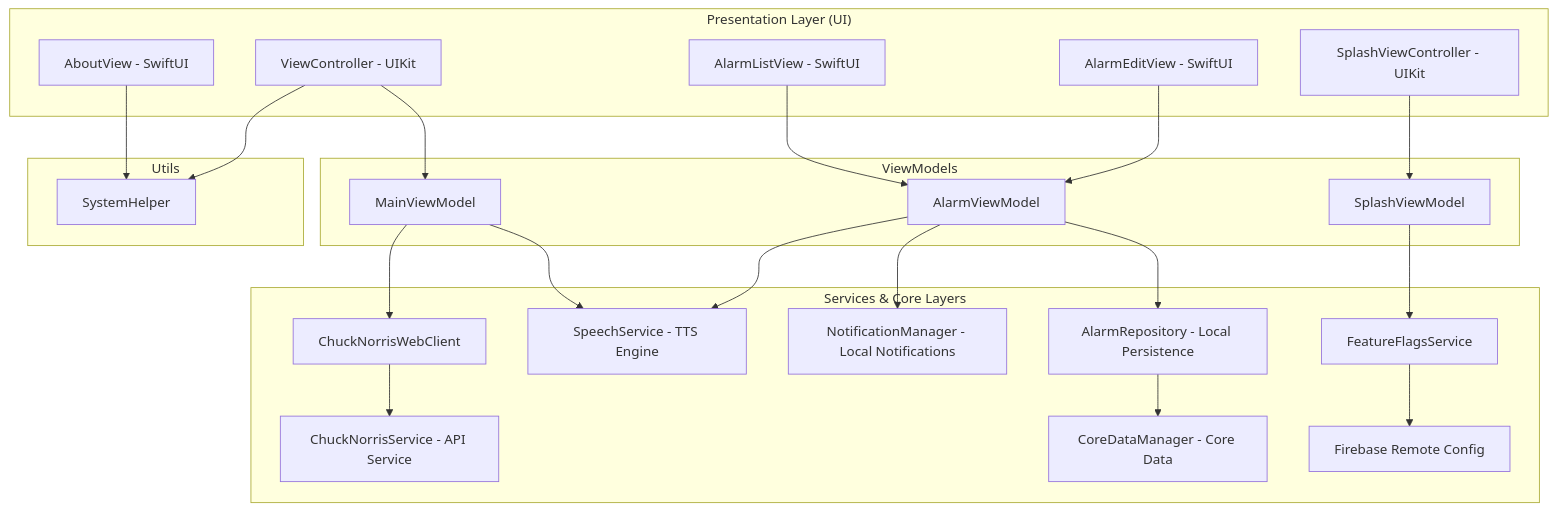
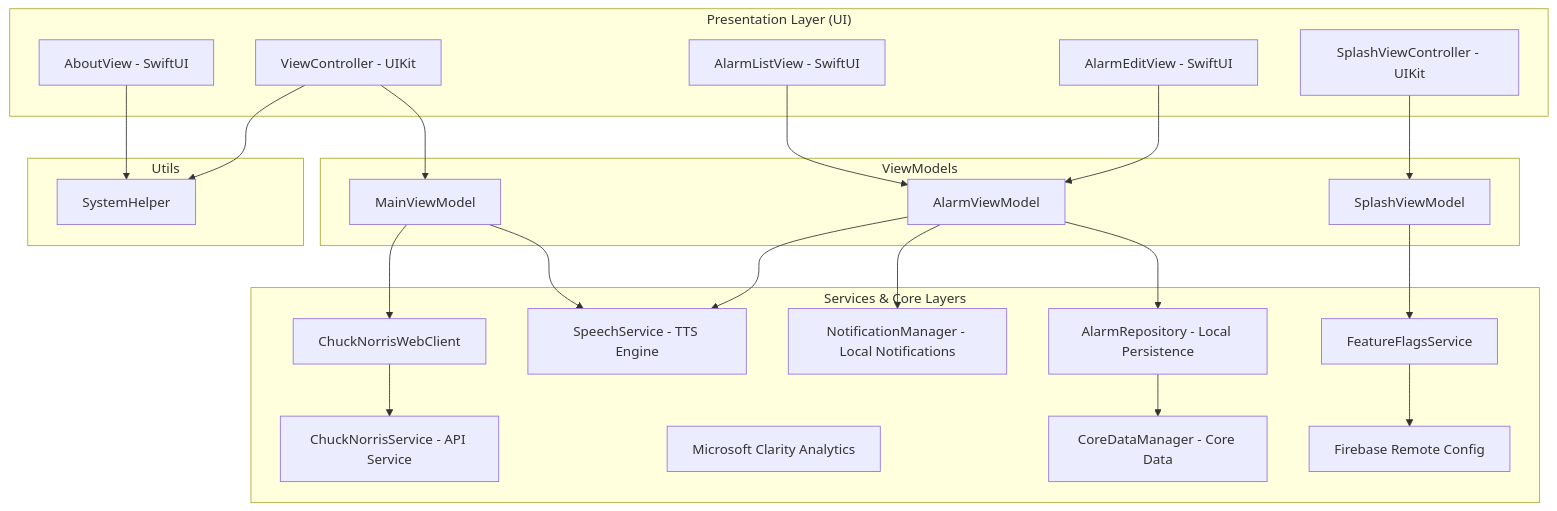
The diagram in README.md (MatheusHenAlmeida/ChuckNorrisApp), drawn with Mermaid before and after one commit. The commit also changed other lines of this file, not shown here.

Commit message:
Update README with Microsoft Clarity documentation

````diff
--- a/README.md
+++ b/README.md
@@ -29,53 +30,54 @@
 ```mermaid
 graph TD
     subgraph UI ["Presentation Layer (UI)"]
         AV[AboutView - SwiftUI]
         VC[ViewController - UIKit]
         ALV[AlarmListView - SwiftUI]
         AEV[AlarmEditView - SwiftUI]
         SVC[SplashViewController - UIKit]
     end
     
     subgraph ViewModels ["ViewModels"]
         SVM[SplashViewModel]
         MVM[MainViewModel]
         AVM[AlarmViewModel]
     end
     
     subgraph Services ["Services & Core Layers"]
         FFS[FeatureFlagsService]
         FRC[Firebase Remote Config]
+        MCS[Microsoft Clarity Analytics]
         SS[SpeechService - TTS Engine]
         WC[ChuckNorrisWebClient]
         CS[ChuckNorrisService - API Service]
         NM[NotificationManager - Local Notifications]
         AR[AlarmRepository - Local Persistence]
         CD[CoreDataManager - Core Data]
     end
     
     subgraph Utils ["Utils"]
         SH[SystemHelper]
     end
 
     %% UI to ViewModel / Service relations
     SVC --> SVM
     VC --> MVM
     VC --> SH
     ALV --> AVM
     AEV --> AVM
     AV --> SH
     
     %% ViewModel relations
     SVM --> FFS
     MVM --> SS
     MVM --> WC
     AVM --> AR
     AVM --> NM
     AVM --> SS
     
     %% Service & Data relations
     %%WC --> FFS
     WC --> CS
     FFS --> FRC
     AR --> CD
 ```
````
